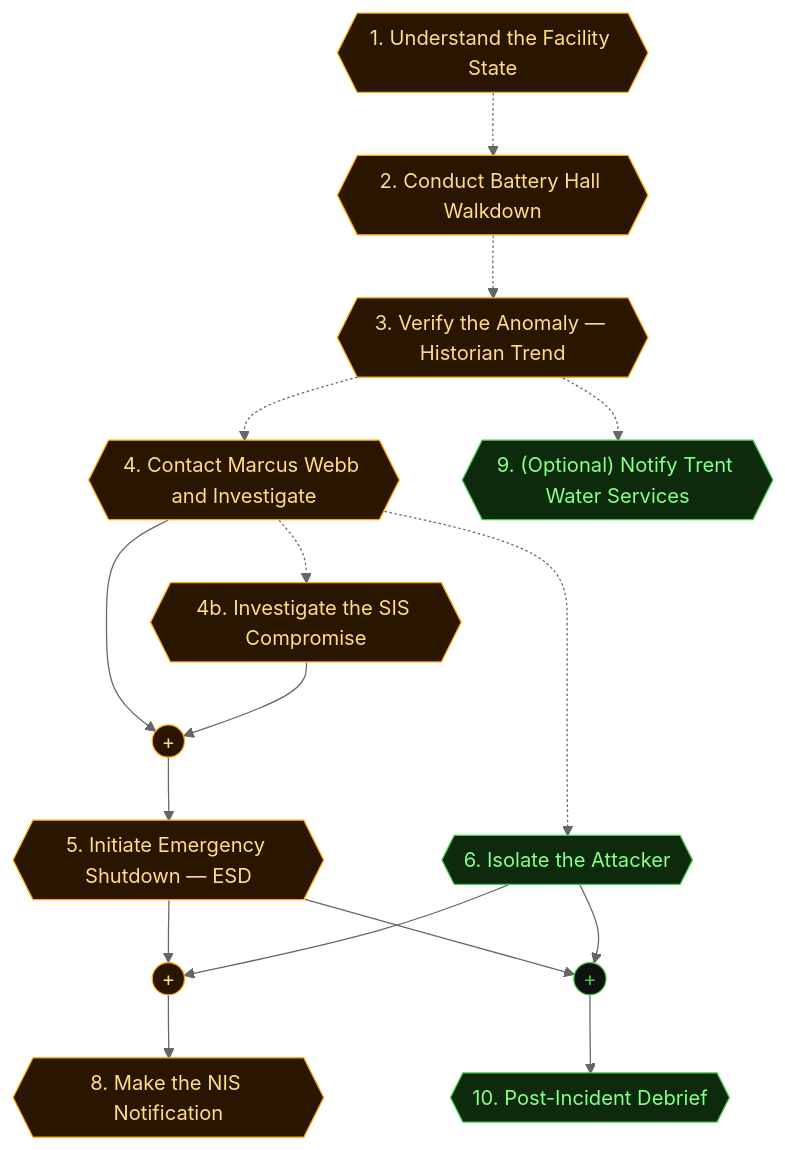
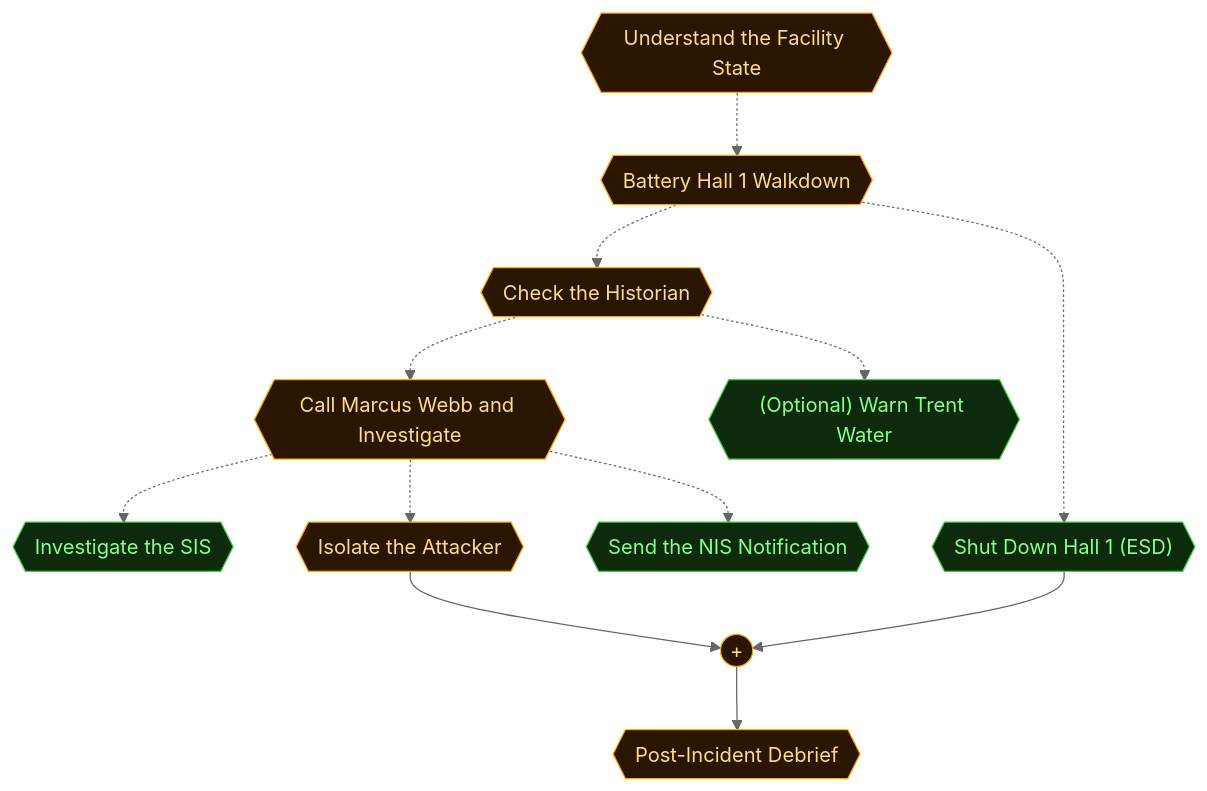
Before and after one commit to cliffe/BreakEscape: the second of 5 diagrams in scenarios/sis02_energy/dungeon_graph.md, drawn with Mermaid (neutral theme). The commit also changed other lines of this file and 20 other files, not shown here.

````diff
--- a/scenarios/sis02_energy/dungeon_graph.md
+++ b/scenarios/sis02_energy/dungeon_graph.md
@@ -160,52 +164,45 @@
 ```mermaid
 flowchart TD
 
   classDef room      fill:#0f2d2d,stroke:#22ddcc,color:#a0ffee
   classDef lock      fill:#2d0f0f,stroke:#e66060,color:#ffa0a0
   classDef key       fill:#2d0812,stroke:#e66060,color:#ffa0a0
   classDef item      fill:#2d1200,stroke:#e89030,color:#ffcc80
   classDef gate      fill:#111,stroke:#666,color:#eee
   classDef vm        fill:#0c1f40,stroke:#4a90d9,color:#a0c8ff
   classDef flag      fill:#1a0c2d,stroke:#9060d0,color:#cc99ff
   classDef action    fill:#1a1200,stroke:#cc9922,color:#ffee88
   classDef aim       fill:#0d2a0d,stroke:#44cc44,color:#88ff88
   classDef aim_gate  fill:#111111,stroke:#44cc44,color:#44cc44
   classDef container fill:#1a2d1a,stroke:#60b060,color:#a0e0a0
   classDef npc       fill:#2d1f0d,stroke:#d0a050,color:#ffe0a0
   classDef critical  fill:#2a1500,stroke:#ffaa00,color:#ffdd88
   classDef start     fill:#003322,stroke:#00ffaa,color:#00ffaa
 
-  aim_assess_control_room{{"1. Understand the Facility State"}}
-  aim_conduct_walkdown{{"2. Conduct Battery Hall Walkdown"}}
-  aim_verify_anomaly{{"3. Verify the Anomaly — Historian Trend"}}
-  aim_contact_marcus_investigate{{"4. Contact Marcus Webb and Investigate"}}
-  aim_initiate_esd{{"5. Initiate Emergency Shutdown — ESD"}}
-  aim_isolate_network{{"6. Isolate the Attacker"}}
-  aim_investigate_sis{{"4b. Investigate the SIS Compromise"}}
-  aim_ncsc_notification{{"8. Make the NIS Notification"}}
-  aim_trent_water_notification{{"9. (Optional) Notify Trent Water Services"}}
-  aim_post_incident_debrief{{"10. Post-Incident Debrief"}}
-  aim_andgate_initiate_esd((" + "))
-  aim_andgate_ncsc_notification((" + "))
+  aim_assess_control_room{{"Understand the Facility State"}}
+  aim_conduct_walkdown{{"Battery Hall 1 Walkdown"}}
+  aim_verify_anomaly{{"Check the Historian"}}
+  aim_contact_marcus_investigate{{"Call Marcus Webb and Investigate"}}
+  aim_investigate_sis{{"Investigate the SIS"}}
+  aim_initiate_esd{{"Shut Down Hall 1 (ESD)"}}
+  aim_isolate_network{{"Isolate the Attacker"}}
+  aim_nis_notification{{"Send the NIS Notification"}}
+  aim_trent_water_notification{{"(Optional) Warn Trent Water"}}
+  aim_post_incident_debrief{{"Post-Incident Debrief"}}
   aim_andgate_post_incident_debrief((" + "))
 
   aim_assess_control_room -.-> aim_conduct_walkdown
   aim_conduct_walkdown -.-> aim_verify_anomaly
   aim_verify_anomaly -.-> aim_contact_marcus_investigate
-  aim_contact_marcus_investigate --> aim_andgate_initiate_esd
-  aim_investigate_sis --> aim_andgate_initiate_esd
-  aim_andgate_initiate_esd --> aim_initiate_esd
+  aim_contact_marcus_investigate -.-> aim_investigate_sis
+  aim_conduct_walkdown -.-> aim_initiate_esd
   aim_contact_marcus_investigate -.-> aim_isolate_network
-  aim_contact_marcus_investigate -.-> aim_investigate_sis
-  aim_initiate_esd --> aim_andgate_ncsc_notification
-  aim_isolate_network --> aim_andgate_ncsc_notification
-  aim_andgate_ncsc_notification --> aim_ncsc_notification
+  aim_contact_marcus_investigate -.-> aim_nis_notification
   aim_verify_anomaly -.-> aim_trent_water_notification
   aim_initiate_esd --> aim_andgate_post_incident_debrief
   aim_isolate_network --> aim_andgate_post_incident_debrief
   aim_andgate_post_incident_debrief --> aim_post_incident_debrief
 
-  class aim_assess_control_room,aim_conduct_walkdown,aim_verify_anomaly,aim_contact_marcus_investigate,aim_initiate_esd,aim_investigate_sis,aim_ncsc_notification,aim_andgate_initiate_esd,aim_andgate_ncsc_notification critical
-  class aim_isolate_network,aim_trent_water_notification,aim_post_incident_debrief aim
-  class aim_andgate_post_incident_debrief aim_gate
+  class aim_assess_control_room,aim_conduct_walkdown,aim_verify_anomaly,aim_contact_marcus_investigate,aim_isolate_network,aim_post_incident_debrief,aim_andgate_post_incident_debrief critical
+  class aim_investigate_sis,aim_initiate_esd,aim_nis_notification,aim_trent_water_notification aim
 ```
````
